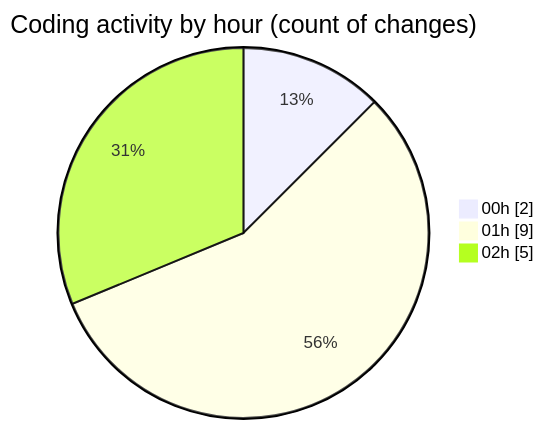
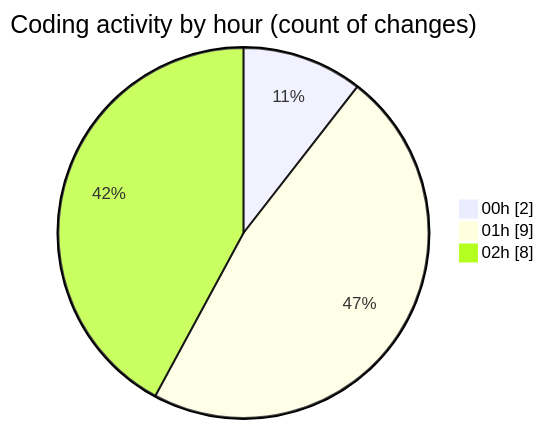
One commit to julien-gomy/code-tracking changed the second of 2 diagrams in 2025-10-17/cdp_aleoudev_fr__workspace_/README.md. Above: the diagram before and after it, drawn with Mermaid. The commit also changed other lines of this file and 1 other file, not shown here.

````diff
--- a/2025-10-17/cdp_aleoudev_fr__workspace_/README.md
+++ b/2025-10-17/cdp_aleoudev_fr__workspace_/README.md
@@ -32,7 +32,7 @@
 ```mermaid
 pie showData
 title Coding activity by hour (count of changes)
 "00h" : 2
 "01h" : 9
-"02h" : 5
+"02h" : 8
 ```
````
